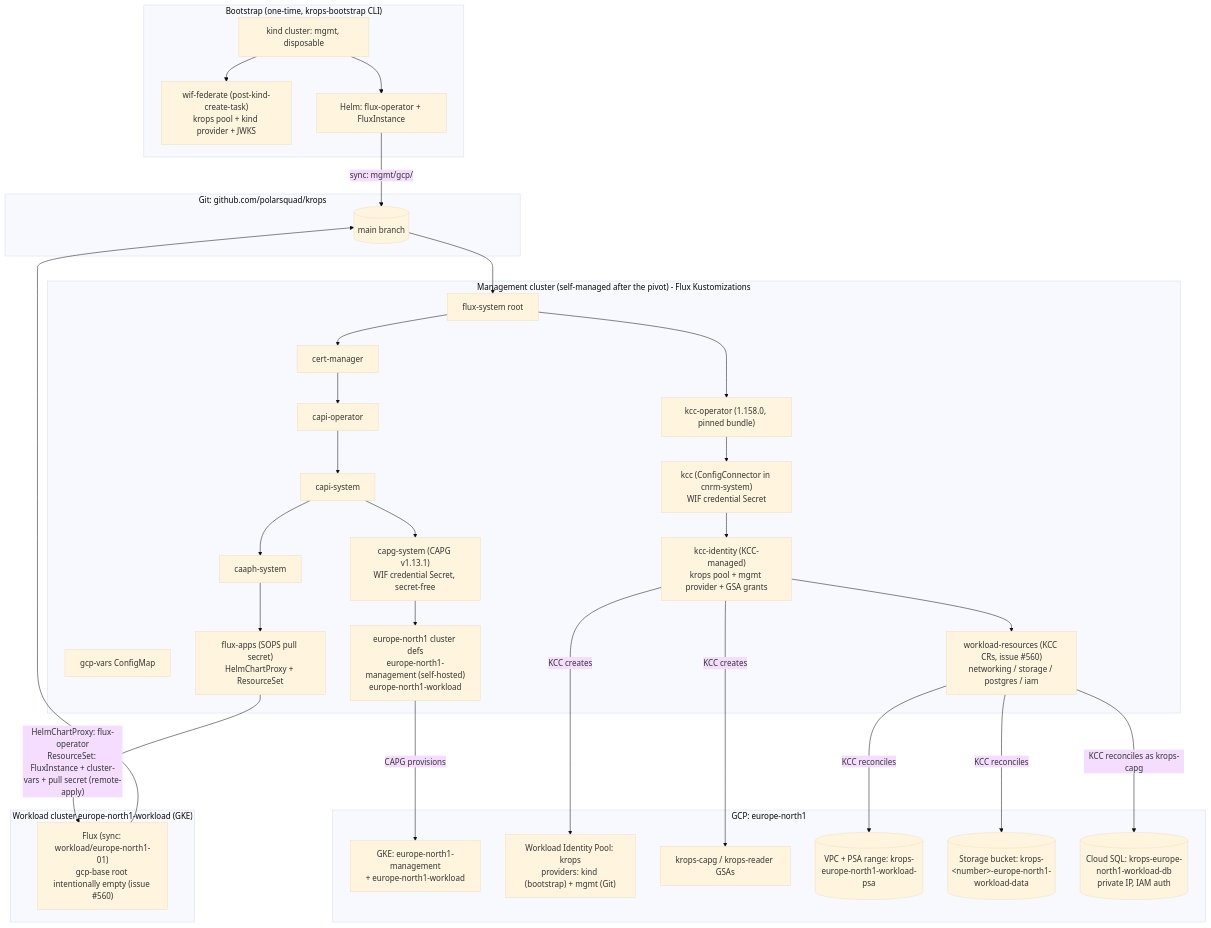
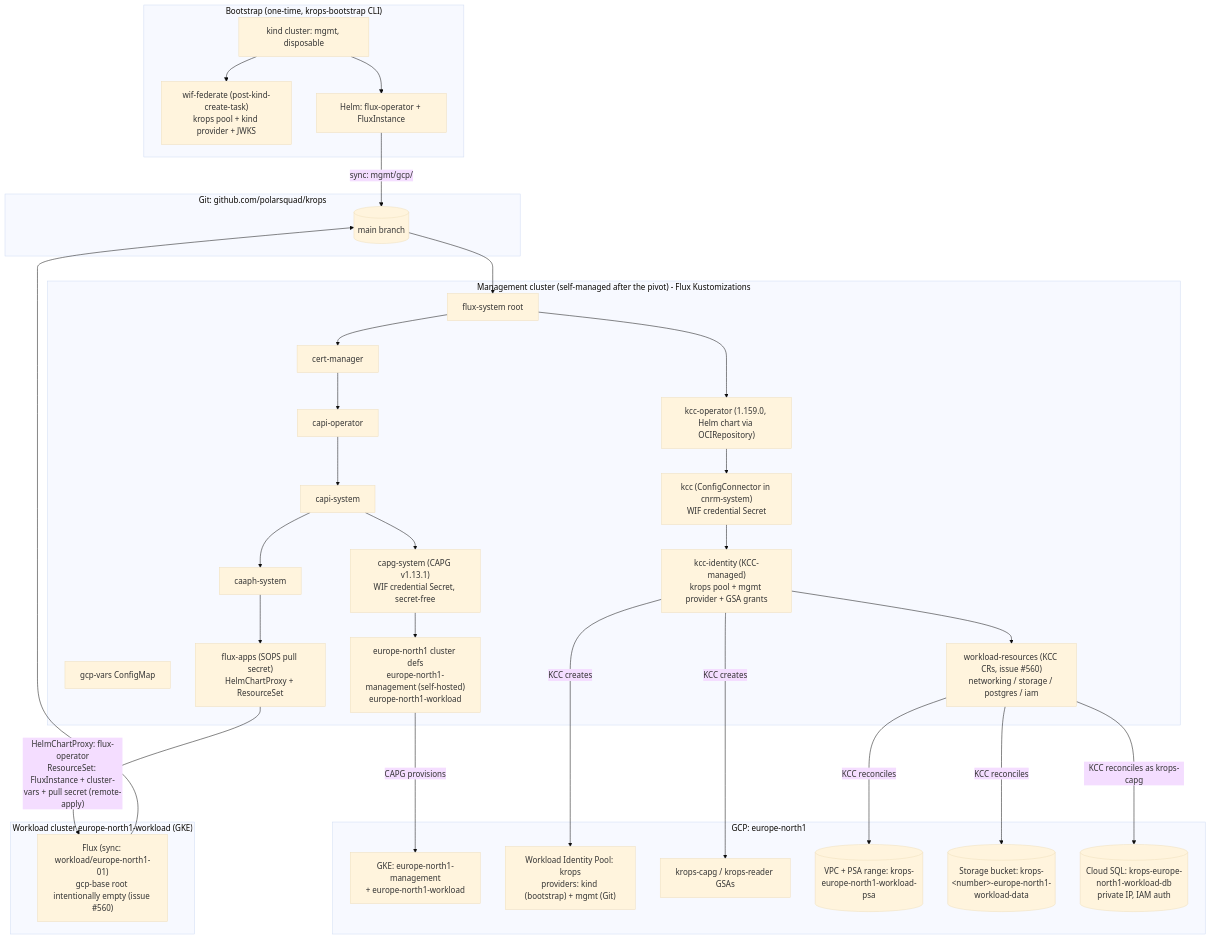
One commit to polarsquad/krops changed the third of 5 diagrams in docs/architecture.md. Above: the diagram before and after it, drawn with Mermaid (base theme). The commit also changed other lines of this file and 12 other files, not shown here.

First line of the commit message:
feat: consume KCC operator from Helm chart, drop vendored manifests

````diff
--- a/docs/architecture.md
+++ b/docs/architecture.md
@@ -335,62 +335,62 @@
 ```mermaid
 flowchart TD
     subgraph bootstrap["Bootstrap (one-time, krops-bootstrap CLI)"]
         KIND[kind cluster: mgmt, disposable]
         WIF["wif-federate (post-kind-create-task)<br/>krops pool + kind provider + JWKS"]
         HELM[Helm: flux-operator + FluxInstance]
         KIND --> WIF
         KIND --> HELM
     end
 
     subgraph git["Git: github.com/polarsquad/krops"]
         REPO[(main branch)]
     end
 
     HELM -->|"sync: mgmt/gcp/"| REPO
 
     subgraph mgmt["Management cluster (self-managed after the pivot) - Flux Kustomizations"]
         FS[flux-system root]
         GCPV[gcp-vars ConfigMap]
         CM[cert-manager]
         CO[capi-operator]
         CAPIS[capi-system]
         CAPGS["capg-system (CAPG v1.13.1)<br/>WIF credential Secret, secret-free"]
         CAAPH[caaph-system]
-        KCCO["kcc-operator (1.158.0, pinned bundle)"]
+        KCCO["kcc-operator (1.159.0, Helm chart via OCIRepository)"]
         KCC["kcc (ConfigConnector in cnrm-system)<br/>WIF credential Secret"]
         KCCI["kcc-identity (KCC-managed)<br/>krops pool + mgmt provider + GSA grants"]
         WRES["workload-resources (KCC CRs, issue #560)<br/>networking / storage / postgres / iam"]
         EUNC["europe-north1 cluster defs<br/>europe-north1-management (self-hosted)<br/>europe-north1-workload"]
         FA["flux-apps (SOPS pull secret)<br/>HelmChartProxy + ResourceSet"]
 
         FS --> CM --> CO --> CAPIS --> CAPGS
         CAPIS --> CAAPH --> FA
         FS --> KCCO --> KCC --> KCCI --> WRES
         CAPGS --> EUNC
     end
 
     REPO --> FS
 
     subgraph gcp["GCP: europe-north1"]
         GKE[GKE: europe-north1-management<br/>+ europe-north1-workload]
         POOL["Workload Identity Pool: krops<br/>providers: kind (bootstrap) + mgmt (Git)"]
         GSAS["krops-capg / krops-reader GSAs"]
         VPC[(VPC + PSA range: krops-europe-north1-workload-psa)]
         BUCKET[(Storage bucket: krops-&lt;number&gt;-europe-north1-workload-data)]
         SQL[(Cloud SQL: krops-europe-north1-workload-db<br/>private IP, IAM auth)]
     end
 
     EUNC -->|CAPG provisions| GKE
     KCCI -->|KCC creates| POOL
     KCCI -->|KCC creates| GSAS
     WRES -->|KCC reconciles as krops-capg| SQL
     WRES -->|KCC reconciles| VPC
     WRES -->|KCC reconciles| BUCKET
     FA -->|"HelmChartProxy: flux-operator<br/>ResourceSet: FluxInstance + cluster-vars + pull secret (remote-apply)"| WF
 
     subgraph wl["Workload cluster europe-north1-workload (GKE)"]
         WF["Flux (sync: workload/europe-north1-01)<br/>gcp-base root intentionally empty (issue #560)"]
     end
 
     WF --> REPO
 ```
````
